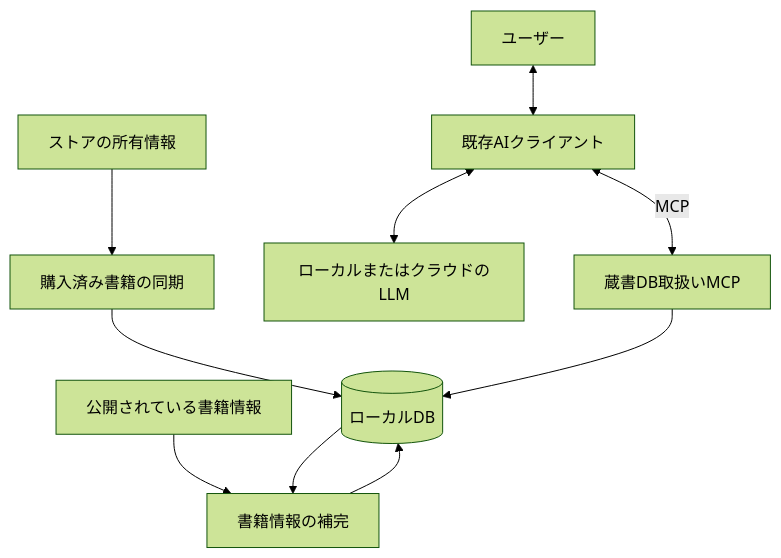
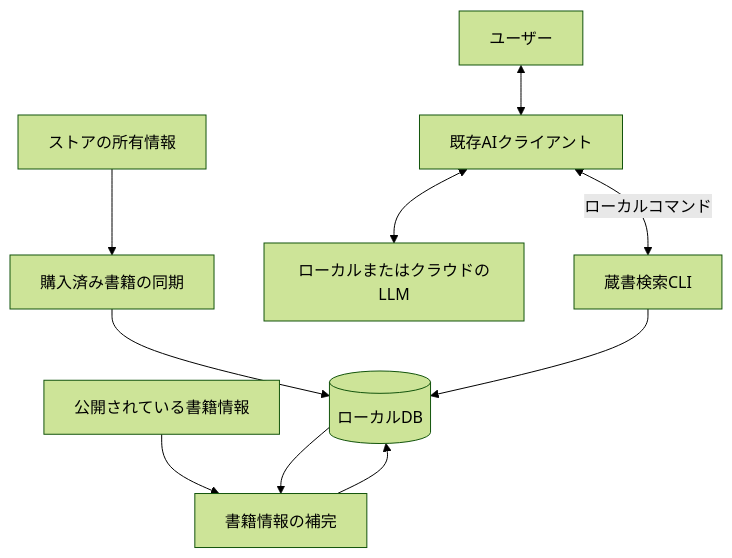
The diagram in doc/01architecture_discussion.md (yukihane/tsundoku-finder), drawn with Mermaid (forest theme) before and after one commit. The commit also changed other lines of this file and 8 other files, not shown here.

````diff
--- a/doc/01architecture_discussion.md
+++ b/doc/01architecture_discussion.md
@@ -35,12 +35,12 @@
 ```mermaid
 flowchart TD
     A[ストアの所有情報] --> B[購入済み書籍の同期]
     B --> DB[(ローカルDB)]
     C[公開されている書籍情報] --> D[書籍情報の補完]
     DB --> D
     D --> DB
     U[ユーザー] <--> H[既存AIクライアント]
     H <--> L[ローカルまたはクラウドのLLM]
-    H <-->|MCP| M[蔵書DB取扱いMCP]
+    H <-->|ローカルコマンド| M[蔵書検索CLI]
     M --> DB
 ```
````
